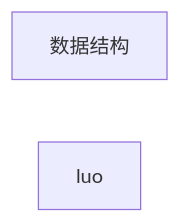
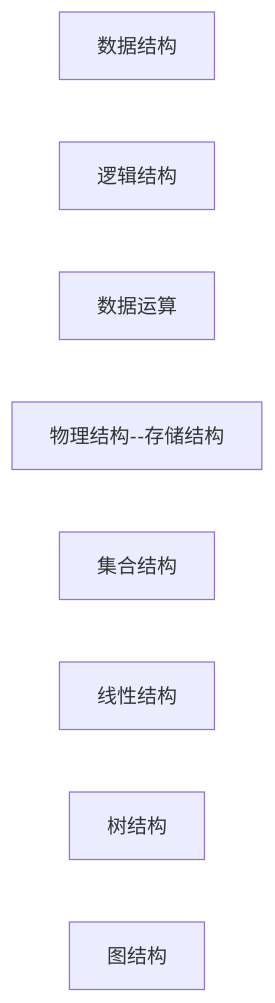
One commit to MW-S/markdown changed the diagram in learn/408/数据结构/数据结构的三要素.md. Above: the diagram before and after it, drawn with Mermaid. The commit also changed other lines of this file, not shown here.

Commit message:
learn/408/数据结构/数据结构的三要素.md updated from https://stackedit.io/

````diff
--- a/learn/408/数据结构/数据结构的三要素.md
+++ b/learn/408/数据结构/数据结构的三要素.md
@@ -2,5 +2,11 @@
 ```mermaid
 graph LR
 A[数据结构]
-B[luo]
+B[逻辑结构]
+C[数据运算]
+D[物理结构--存储结构]
+B1[集合结构]
+B2[线性结构]
+B3[树结构]
+B4[图结构]
 ```
````
